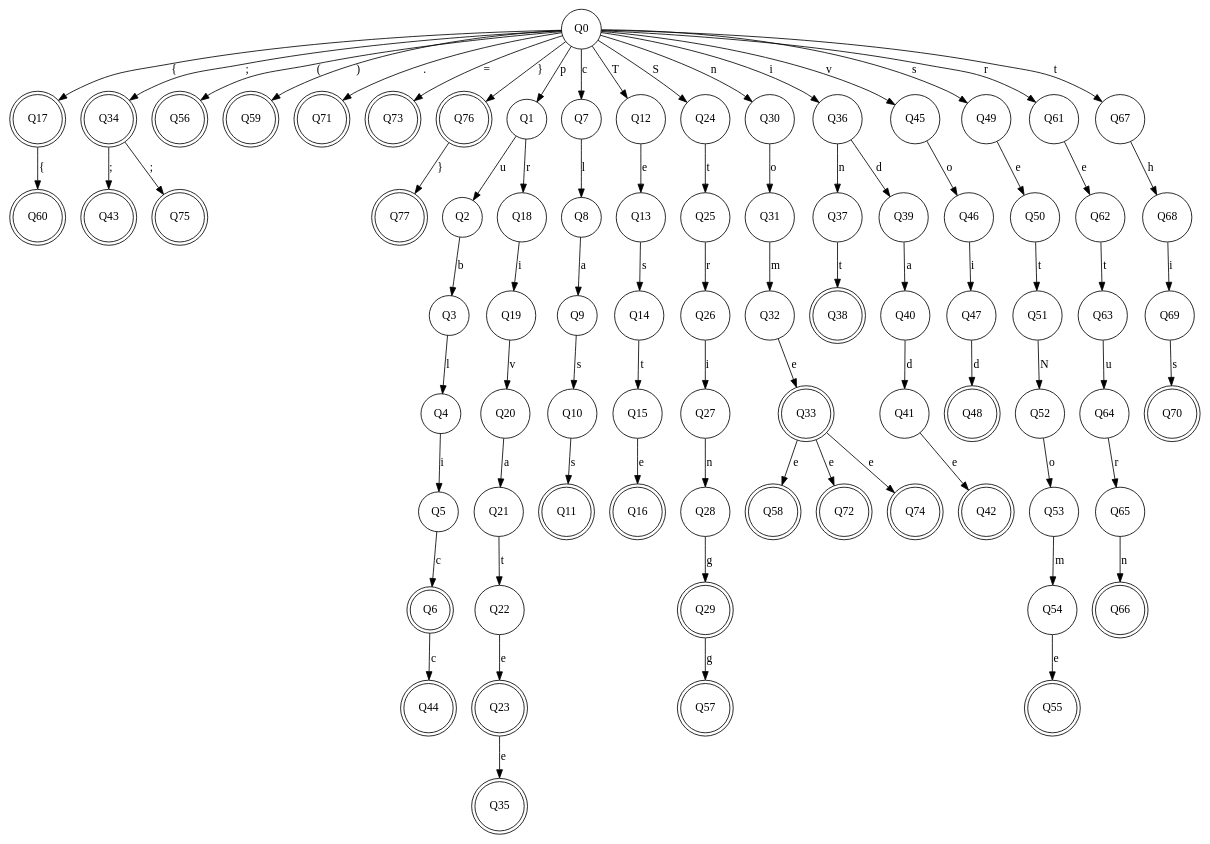
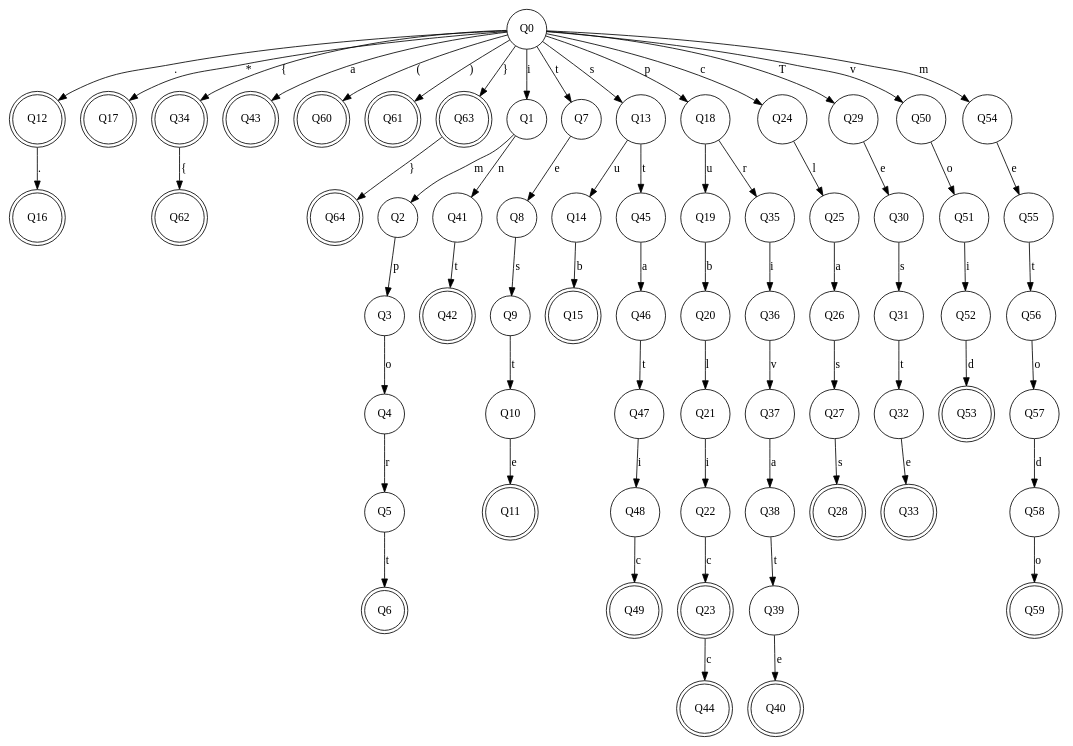
One commit to franciscone14/compilers changed the diagram in automata.dot. Above: the diagram before and after it, drawn with Graphviz. The commit also changed 32 other files, not shown here.

```diff
--- a/automata.dot
+++ b/automata.dot
@@ -1,110 +1,90 @@
 digraph G { 
  	node [shape = doublecircle];
 		Q6;
 		Q11;
+		Q12;
+		Q15;
 		Q16;
 		Q17;
 		Q23;
-		Q29;
+		Q28;
 		Q33;
 		Q34;
-		Q35;
-		Q38;
+		Q40;
 		Q42;
 		Q43;
 		Q44;
-		Q48;
-		Q55;
-		Q56;
-		Q57;
-		Q58;
+		Q49;
+		Q53;
 		Q59;
 		Q60;
-		Q66;
-		Q70;
-		Q71;
-		Q72;
-		Q73;
-		Q74;
-		Q75;
-		Q76;
-		Q77;
+		Q61;
+		Q62;
+		Q63;
+		Q64;
 	node [shape = circle]; 
-	Q0 -> Q1 [label="p"];
-	Q1 -> Q2 [label="u"];
-	Q2 -> Q3 [label="b"];
-	Q3 -> Q4 [label="l"];
-	Q4 -> Q5 [label="i"];
-	Q5 -> Q6 [label="c"];
-	Q0 -> Q7 [label="c"];
-	Q7 -> Q8 [label="l"];
-	Q8 -> Q9 [label="a"];
-	Q9 -> Q10 [label="s"];
-	Q10 -> Q11 [label="s"];
-	Q0 -> Q12 [label="T"];
-	Q12 -> Q13 [label="e"];
-	Q13 -> Q14 [label="s"];
-	Q14 -> Q15 [label="t"];
-	Q15 -> Q16 [label="e"];
-	Q0 -> Q17 [label="{"];
-	Q1 -> Q18 [label="r"];
-	Q18 -> Q19 [label="i"];
-	Q19 -> Q20 [label="v"];
-	Q20 -> Q21 [label="a"];
-	Q21 -> Q22 [label="t"];
-	Q22 -> Q23 [label="e"];
-	Q0 -> Q24 [label="S"];
-	Q24 -> Q25 [label="t"];
-	Q25 -> Q26 [label="r"];
-	Q26 -> Q27 [label="i"];
-	Q27 -> Q28 [label="n"];
-	Q28 -> Q29 [label="g"];
-	Q0 -> Q30 [label="n"];
-	Q30 -> Q31 [label="o"];
-	Q31 -> Q32 [label="m"];
+	Q0 -> Q1 [label="i"];
+	Q1 -> Q2 [label="m"];
+	Q2 -> Q3 [label="p"];
+	Q3 -> Q4 [label="o"];
+	Q4 -> Q5 [label="r"];
+	Q5 -> Q6 [label="t"];
+	Q0 -> Q7 [label="t"];
+	Q7 -> Q8 [label="e"];
+	Q8 -> Q9 [label="s"];
+	Q9 -> Q10 [label="t"];
+	Q10 -> Q11 [label="e"];
+	Q0 -> Q12 [label="."];
+	Q0 -> Q13 [label="s"];
+	Q13 -> Q14 [label="u"];
+	Q14 -> Q15 [label="b"];
+	Q12 -> Q16 [label="."];
+	Q0 -> Q17 [label="*"];
+	Q0 -> Q18 [label="p"];
+	Q18 -> Q19 [label="u"];
+	Q19 -> Q20 [label="b"];
+	Q20 -> Q21 [label="l"];
+	Q21 -> Q22 [label="i"];
+	Q22 -> Q23 [label="c"];
+	Q0 -> Q24 [label="c"];
+	Q24 -> Q25 [label="l"];
+	Q25 -> Q26 [label="a"];
+	Q26 -> Q27 [label="s"];
+	Q27 -> Q28 [label="s"];
+	Q0 -> Q29 [label="T"];
+	Q29 -> Q30 [label="e"];
+	Q30 -> Q31 [label="s"];
+	Q31 -> Q32 [label="t"];
 	Q32 -> Q33 [label="e"];
-	Q0 -> Q34 [label=";"];
-	Q23 -> Q35 [label="e"];
-	Q0 -> Q36 [label="i"];
-	Q36 -> Q37 [label="n"];
-	Q37 -> Q38 [label="t"];
-	Q36 -> Q39 [label="d"];
-	Q39 -> Q40 [label="a"];
-	Q40 -> Q41 [label="d"];
-	Q41 -> Q42 [label="e"];
-	Q34 -> Q43 [label=";"];
-	Q6 -> Q44 [label="c"];
-	Q0 -> Q45 [label="v"];
-	Q45 -> Q46 [label="o"];
-	Q46 -> Q47 [label="i"];
-	Q47 -> Q48 [label="d"];
-	Q0 -> Q49 [label="s"];
-	Q49 -> Q50 [label="e"];
-	Q50 -> Q51 [label="t"];
-	Q51 -> Q52 [label="N"];
-	Q52 -> Q53 [label="o"];
-	Q53 -> Q54 [label="m"];
+	Q0 -> Q34 [label="{"];
+	Q18 -> Q35 [label="r"];
+	Q35 -> Q36 [label="i"];
+	Q36 -> Q37 [label="v"];
+	Q37 -> Q38 [label="a"];
+	Q38 -> Q39 [label="t"];
+	Q39 -> Q40 [label="e"];
+	Q1 -> Q41 [label="n"];
+	Q41 -> Q42 [label="t"];
+	Q0 -> Q43 [label="a"];
+	Q23 -> Q44 [label="c"];
+	Q13 -> Q45 [label="t"];
+	Q45 -> Q46 [label="a"];
+	Q46 -> Q47 [label="t"];
+	Q47 -> Q48 [label="i"];
+	Q48 -> Q49 [label="c"];
+	Q0 -> Q50 [label="v"];
+	Q50 -> Q51 [label="o"];
+	Q51 -> Q52 [label="i"];
+	Q52 -> Q53 [label="d"];
+	Q0 -> Q54 [label="m"];
 	Q54 -> Q55 [label="e"];
-	Q0 -> Q56 [label="("];
-	Q29 -> Q57 [label="g"];
-	Q33 -> Q58 [label="e"];
-	Q0 -> Q59 [label=")"];
-	Q17 -> Q60 [label="{"];
-	Q0 -> Q61 [label="r"];
-	Q61 -> Q62 [label="e"];
-	Q62 -> Q63 [label="t"];
-	Q63 -> Q64 [label="u"];
-	Q64 -> Q65 [label="r"];
-	Q65 -> Q66 [label="n"];
-	Q0 -> Q67 [label="t"];
-	Q67 -> Q68 [label="h"];
-	Q68 -> Q69 [label="i"];
-	Q69 -> Q70 [label="s"];
-	Q0 -> Q71 [label="."];
-	Q33 -> Q72 [label="e"];
-	Q0 -> Q73 [label="="];
-	Q33 -> Q74 [label="e"];
-	Q34 -> Q75 [label=";"];
-	Q0 -> Q76 [label="}"];
-	Q76 -> Q77 [label="}"];
+	Q55 -> Q56 [label="t"];
+	Q56 -> Q57 [label="o"];
+	Q57 -> Q58 [label="d"];
+	Q58 -> Q59 [label="o"];
+	Q0 -> Q60 [label="("];
+	Q0 -> Q61 [label=")"];
+	Q34 -> Q62 [label="{"];
+	Q0 -> Q63 [label="}"];
+	Q63 -> Q64 [label="}"];
 }
```
